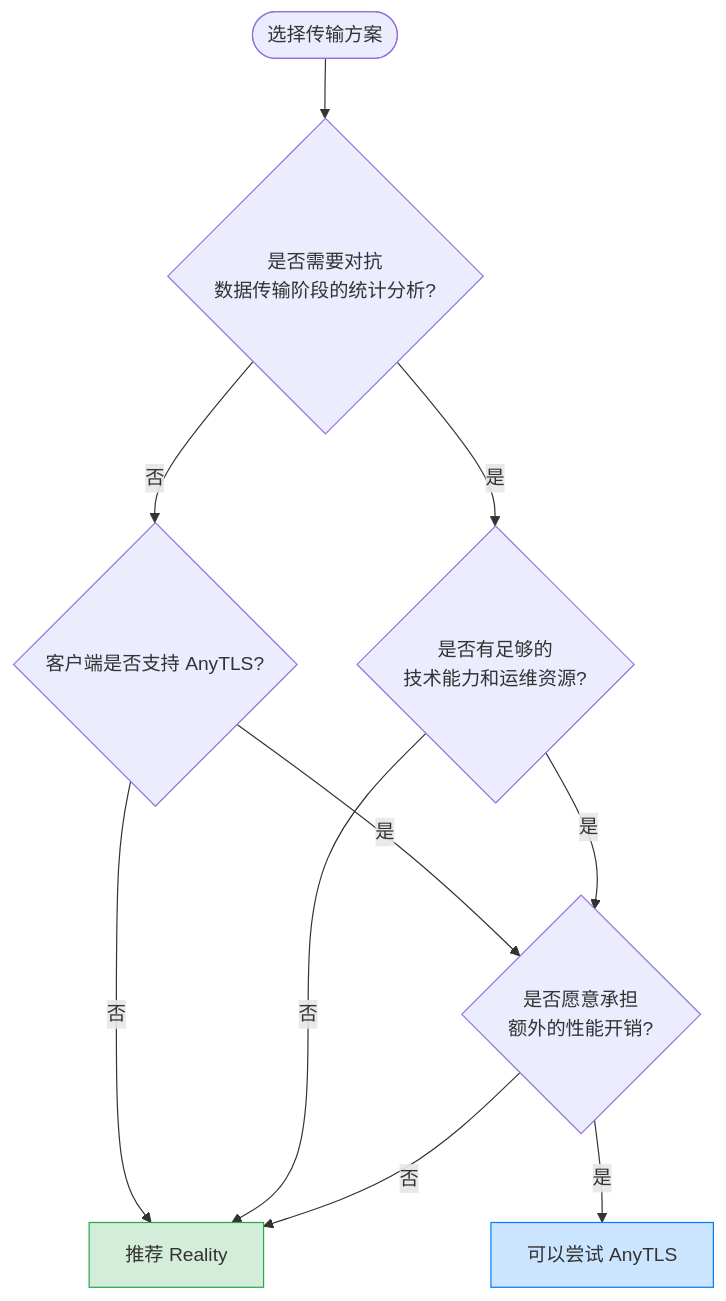
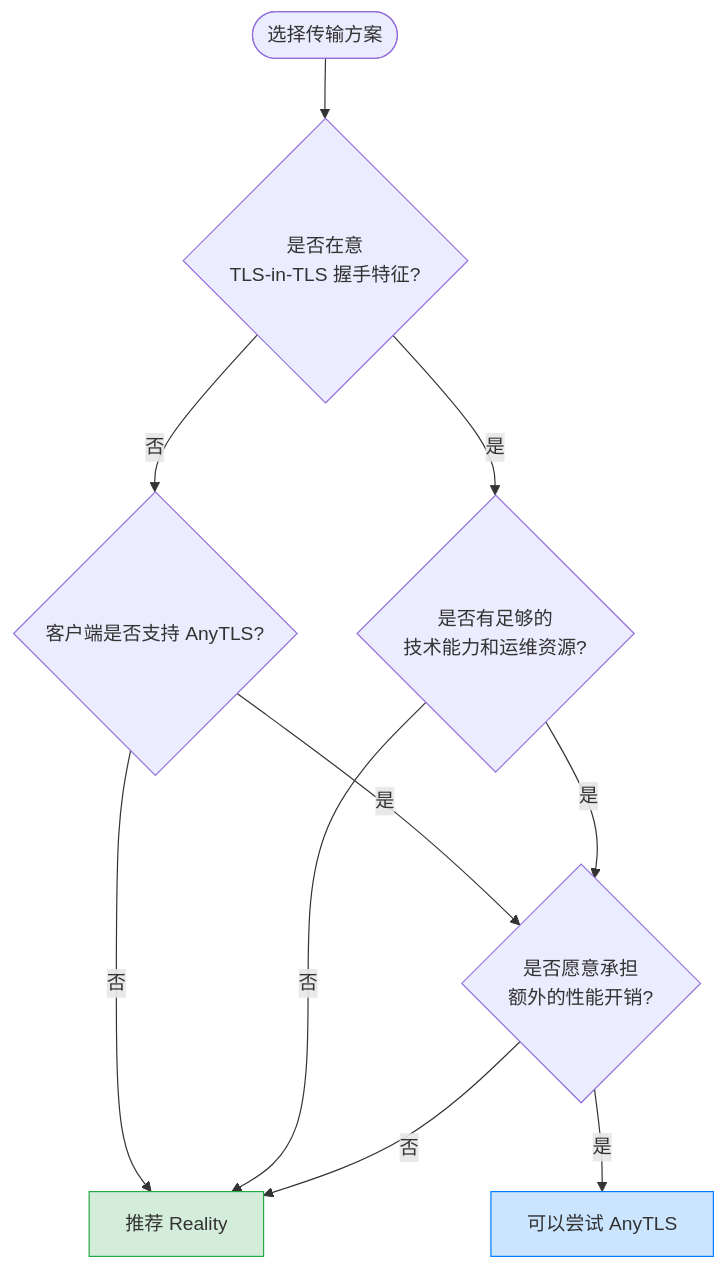
One commit to EdNovas/proxy_wiki changed the third of 3 diagrams in source/_posts/anytls-explained.md. Above: the diagram before and after it, drawn with Mermaid. The commit also changed other lines of this file and 34 other files, not shown here.

````diff
--- a/source/_posts/anytls-explained.md
+++ b/source/_posts/anytls-explained.md
@@ -201,15 +202,15 @@
 ```mermaid
 flowchart TD
-    Start([选择传输方案]) --> Q1{是否需要对抗<br/>数据传输阶段的统计分析?}
+    Start([选择传输方案]) --> Q1{是否在意<br/>TLS-in-TLS 握手特征?}
     Q1 -->|否| Q2{客户端是否支持 AnyTLS?}
     Q1 -->|是| Q3{是否有足够的<br/>技术能力和运维资源?}
     Q2 -->|否| Reality[推荐 Reality]
     Q2 -->|是| Q4{是否愿意承担<br/>额外的性能开销?}
     Q3 -->|否| Reality
     Q3 -->|是| Q4
     Q4 -->|否| Reality
     Q4 -->|是| AnyTLS[可以尝试 AnyTLS]
 
     style Reality fill:#d4edda,stroke:#28a745
     style AnyTLS fill:#cce5ff,stroke:#007bff
 ```
````
